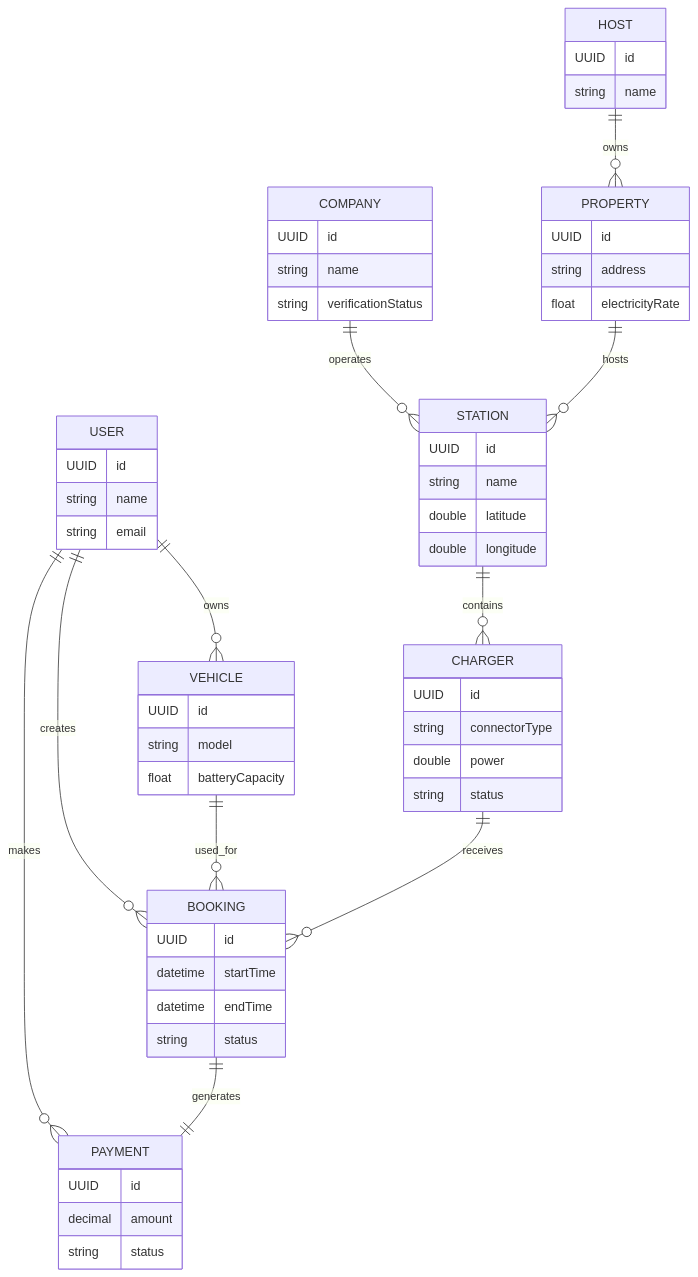
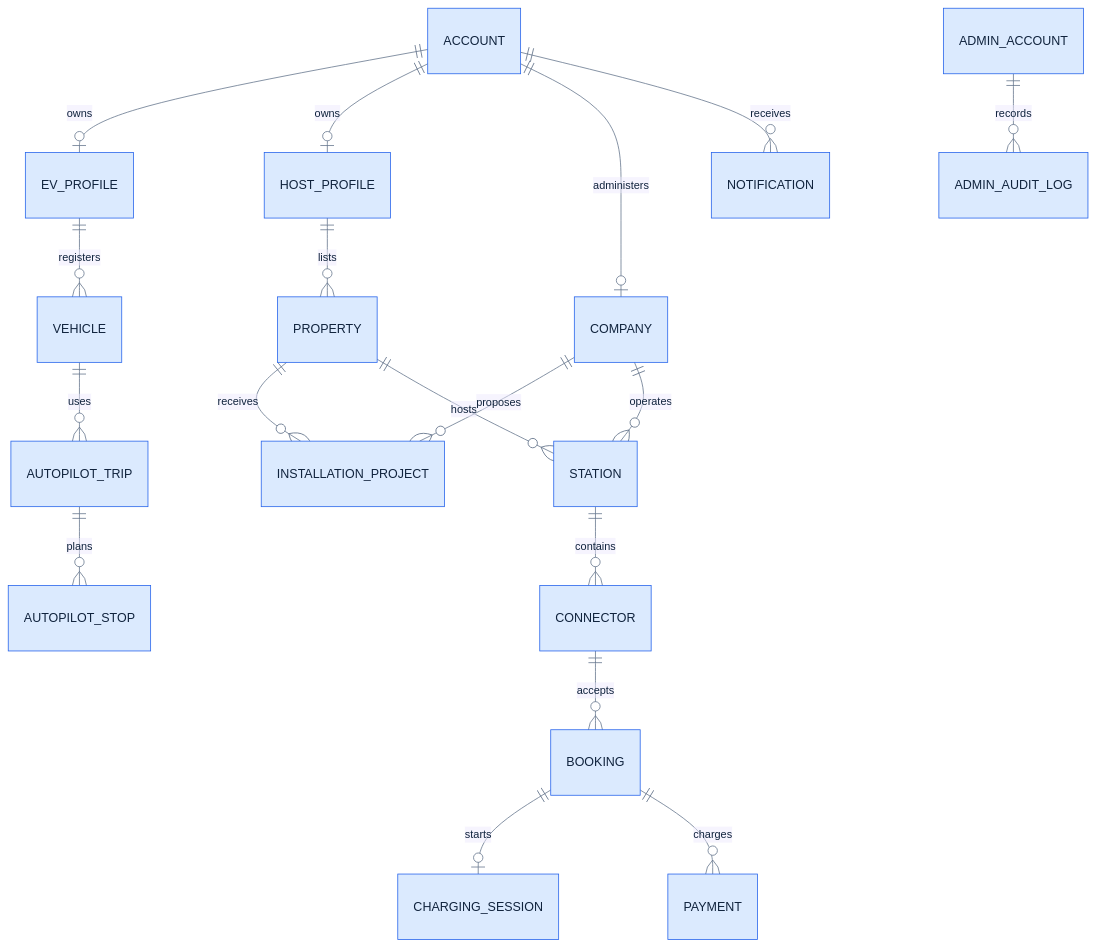
The eighth of 8 diagrams in README.md (cs1m2414238/vidyutEV-1.0), drawn with Mermaid before and after one commit. The commit also changed other lines of this file and 227 other files, not shown here.

````diff
--- a/README.md
+++ b/README.md
@@ -305,73 +278,21 @@
 ```mermaid
+%%{init: {"theme":"base","themeVariables":{"primaryColor":"#dbeafe","primaryTextColor":"#10233d","primaryBorderColor":"#2563eb","lineColor":"#64748b","secondaryColor":"#dcfce7","tertiaryColor":"#ede9fe"}}}%%
 erDiagram
-    USER ||--o{ VEHICLE : owns
-    USER ||--o{ BOOKING : creates
-    USER ||--o{ PAYMENT : makes
-
+    ACCOUNT ||--o| EV_PROFILE : owns
+    ACCOUNT ||--o| HOST_PROFILE : owns
+    ACCOUNT ||--o| COMPANY : administers
+    EV_PROFILE ||--o{ VEHICLE : registers
+    HOST_PROFILE ||--o{ PROPERTY : lists
+    PROPERTY ||--o{ INSTALLATION_PROJECT : receives
+    COMPANY ||--o{ INSTALLATION_PROJECT : proposes
     COMPANY ||--o{ STATION : operates
-    HOST ||--o{ PROPERTY : owns
-
     PROPERTY ||--o{ STATION : hosts
-
-    STATION ||--o{ CHARGER : contains
-    CHARGER ||--o{ BOOKING : receives
-
-    BOOKING ||--|| PAYMENT : generates
-    VEHICLE ||--o{ BOOKING : used_for
-
-    USER {
-        UUID id
-        string name
-        string email
-    }
-
-    VEHICLE {
-        UUID id
-        string model
-        float batteryCapacity
-    }
-
-    COMPANY {
-        UUID id
-        string name
-        string verificationStatus
-    }
-
-    HOST {
-        UUID id
-        string name
-    }
-
-    PROPERTY {
-        UUID id
-        string address
-        float electricityRate
-    }
-
-    STATION {
-        UUID id
-        string name
-        double latitude
-        double longitude
-    }
-
-    CHARGER {
-        UUID id
-        string connectorType
-        double power
-        string status
-    }
-
-    BOOKING {
-        UUID id
-        datetime startTime
-        datetime endTime
-        string status
-    }
-
-    PAYMENT {
-        UUID id
-        decimal amount
-        string status
-    }
+    STATION ||--o{ CONNECTOR : contains
+    VEHICLE ||--o{ AUTOPILOT_TRIP : uses
+    AUTOPILOT_TRIP ||--o{ AUTOPILOT_STOP : plans
+    CONNECTOR ||--o{ BOOKING : accepts
+    BOOKING ||--o| CHARGING_SESSION : starts
+    BOOKING ||--o{ PAYMENT : charges
+    ACCOUNT ||--o{ NOTIFICATION : receives
+    ADMIN_ACCOUNT ||--o{ ADMIN_AUDIT_LOG : records
 ```
````
